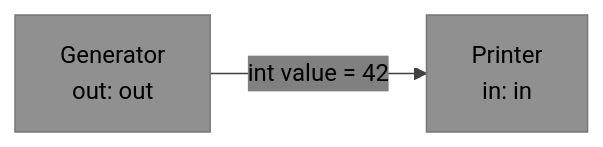
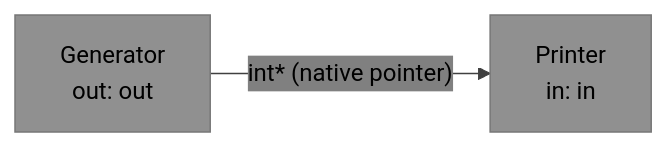
One commit to visionik/anyflux changed the sixth of 11 diagrams in docs/api.md. Above: the diagram before and after it, drawn with Mermaid. The commit also changed other lines of this file and 1 other file, not shown here.

````diff
--- a/docs/api.md
+++ b/docs/api.md
@@ -319,5 +324,5 @@
 ```mermaid
 %%{init: {'theme': 'base', 'themeVariables': { 'primaryColor': '#909090', 'secondaryColor': '#808080', 'tertiaryColor': '#707070', 'primaryTextColor': '#000000', 'secondaryTextColor': '#000000', 'tertiaryTextColor': '#000000', 'noteTextColor': '#000000', 'lineColor': '#404040' }}}%%
 graph LR
-    GEN["Generator\nout: out"] -->|"int value = 42"| PRT["Printer\nin: in"]
+    GEN["Generator\nout: out"] -->|"int* (native pointer)"| PRT["Printer\nin: in"]
 ```
````
